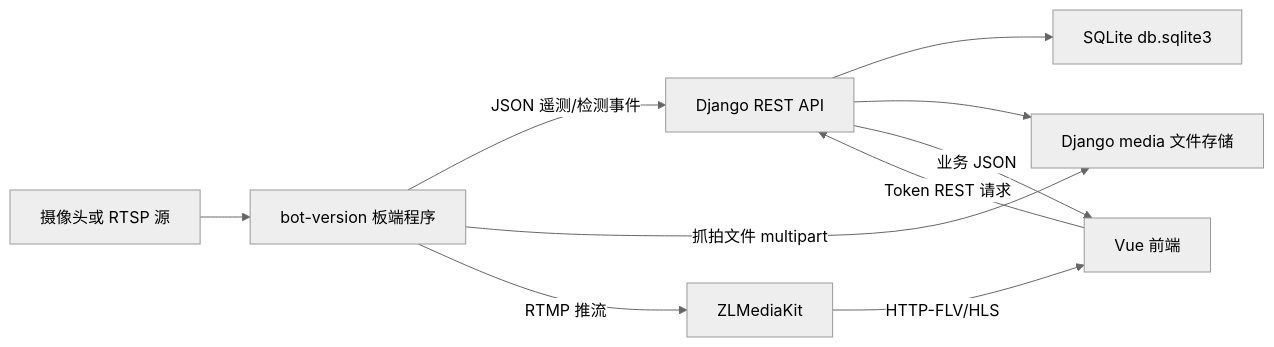
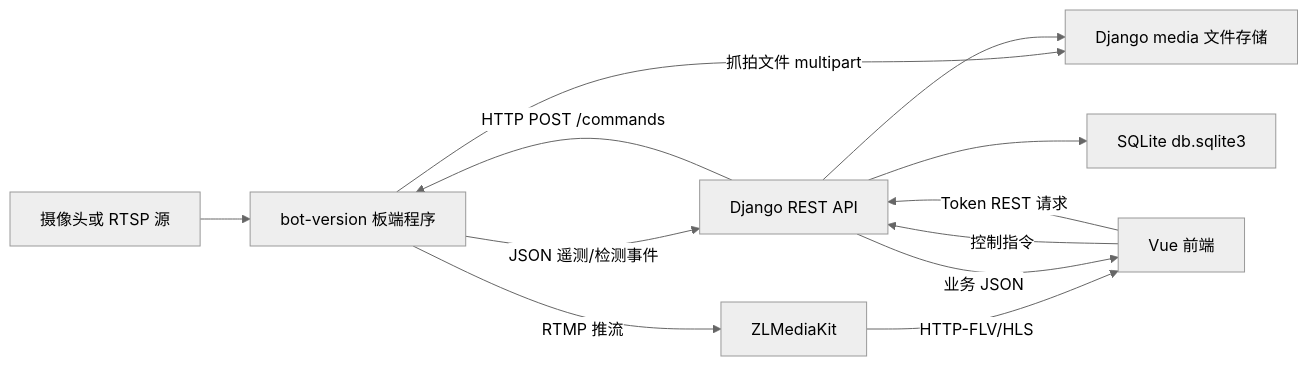
The first of 4 diagrams in docs/project-architecture.md (handaoqi/newrobot), drawn with Mermaid (neutral theme) before and after one commit. The commit also changed other lines of this file and 31 other files, not shown here.

````diff
--- a/docs/project-architecture.md
+++ b/docs/project-architecture.md
@@ -11,12 +11,14 @@
 ```mermaid
 flowchart LR
   Camera["摄像头或 RTSP 源"] --> Edge["bot-version 板端程序"]
   Edge -->|JSON 遥测/检测事件| API["Django REST API"]
+  Web -->|控制指令| API
+  API -->|HTTP POST /commands| Edge
   Edge -->|抓拍文件 multipart| Media["Django media 文件存储"]
   Edge -->|RTMP 推流| ZLM["ZLMediaKit"]
   ZLM -->|HTTP-FLV/HLS| Web["Vue 前端"]
   API --> DB["SQLite db.sqlite3"]
   API --> Media
   Web -->|Token REST 请求| API
   API -->|业务 JSON| Web
 ```
````
